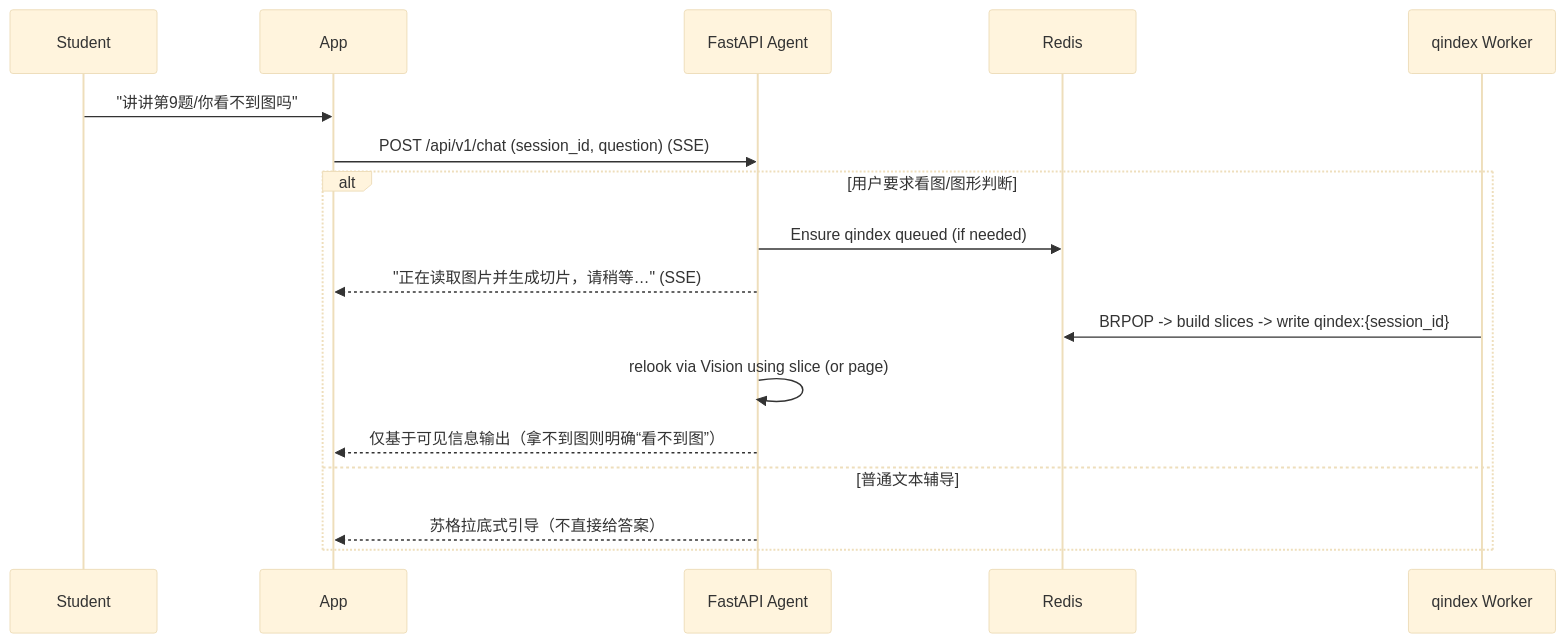
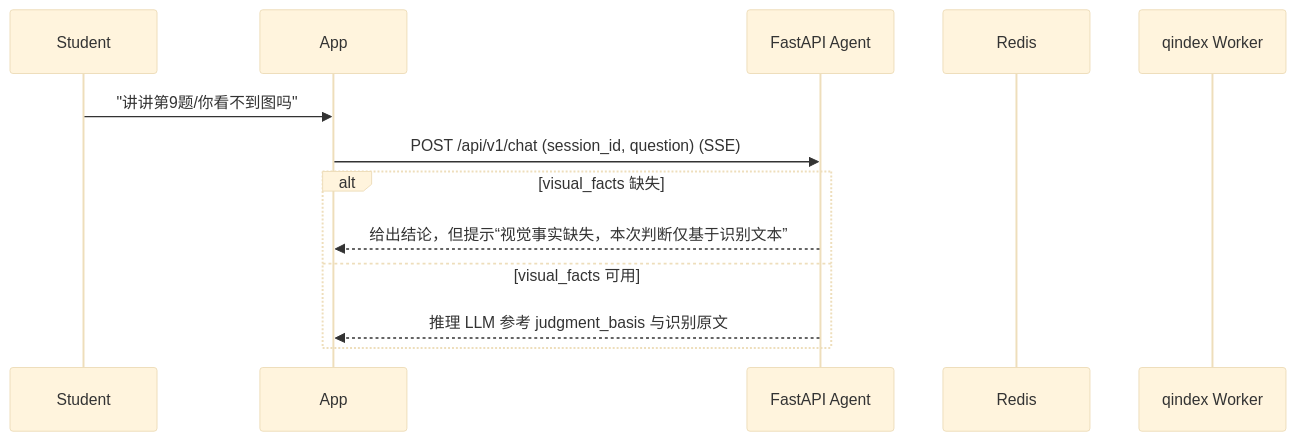
Before and after one commit to frank28mm/noteacher: the third of 3 diagrams in system_architecture.md, drawn with Mermaid (base theme). The commit also changed other lines of this file and 30 other files, not shown here.

Commit message:
feat: align judgment basis flow and docs

````diff
--- a/system_architecture.md
+++ b/system_architecture.md
@@ -89,21 +89,17 @@
 ```mermaid
 sequenceDiagram
     participant Student
     participant App
     participant API as FastAPI Agent
     participant Redis as Redis
     participant Worker as qindex Worker
 
     Student->>App: "讲讲第9题/你看不到图吗"
     App->>API: POST /api/v1/chat (session_id, question)  (SSE)
 
-    alt 用户要求看图/图形判断
-        API->>Redis: Ensure qindex queued (if needed)
-        API-->>App: "正在读取图片并生成切片，请稍等…" (SSE)
-        Worker->>Redis: BRPOP -> build slices -> write qindex:{session_id}
-        API->>API: relook via Vision using slice (or page)
-        API-->>App: 仅基于可见信息输出（拿不到图则明确“看不到图”）
-    else 普通文本辅导
-        API-->>App: 苏格拉底式引导（不直接给答案）
+    alt visual_facts 缺失
+        API-->>App: 给出结论，但提示“视觉事实缺失，本次判断仅基于识别文本”
+    else visual_facts 可用
+        API-->>App: 推理 LLM 参考 judgment_basis 与识别原文
     end
 ```
````
